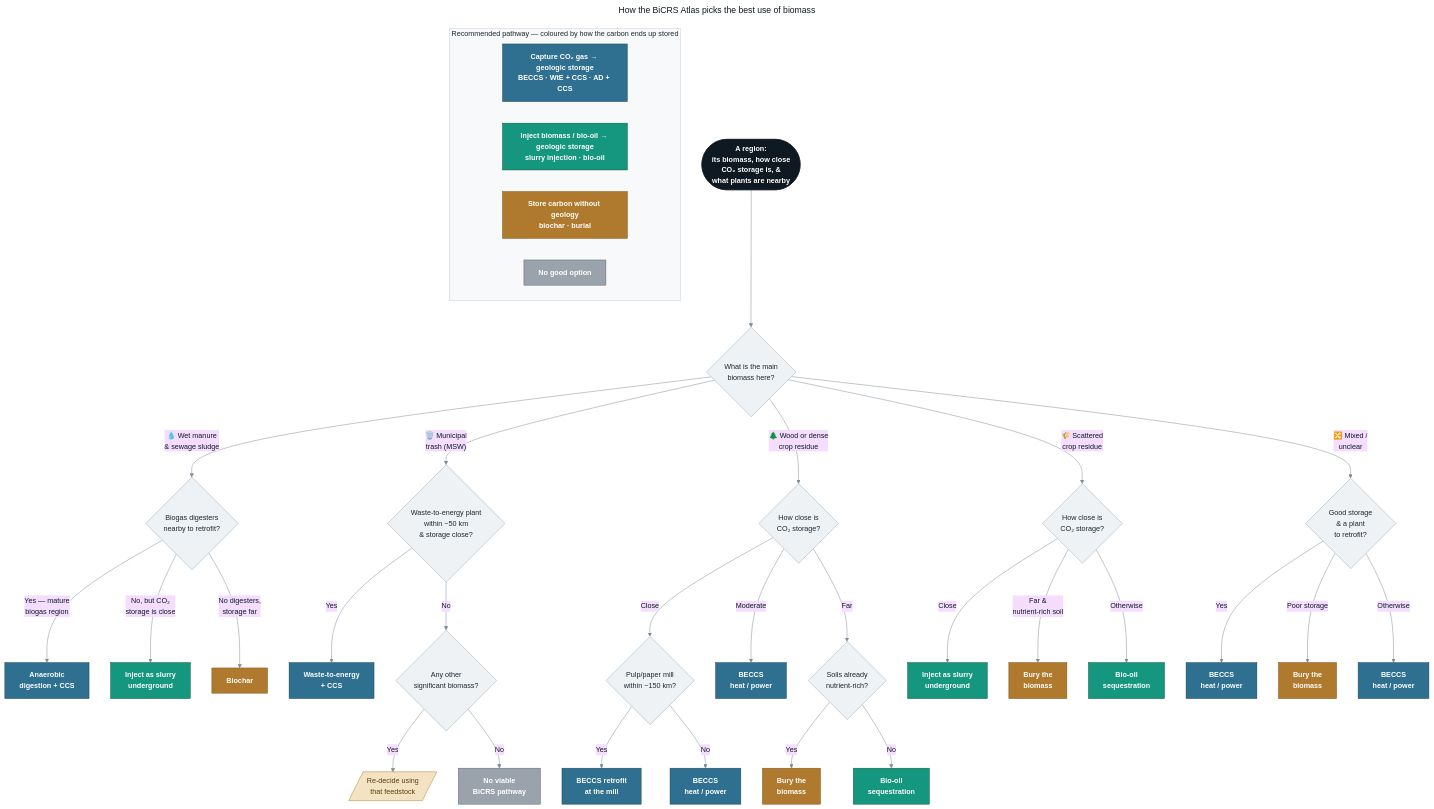
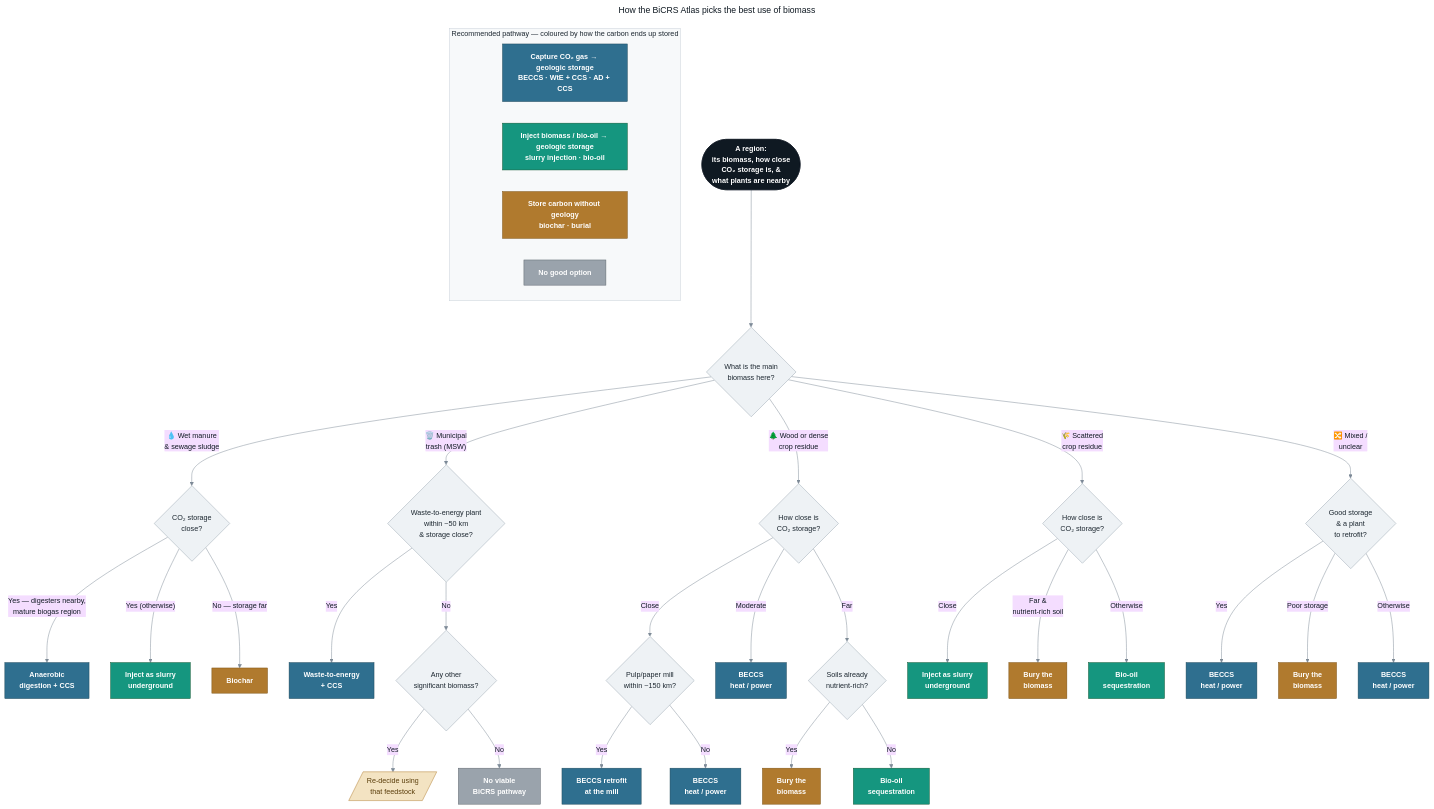
The diagram in docs/recommendation_flowchart.mmd (hausfath/biomass_map), drawn with Mermaid before and after one commit. The commit also changed 10 other files, not shown here.

First line of the commit message:
Gate AD+CCS on storage proximity; score storage across the US/Canada border

```diff
--- a/docs/recommendation_flowchart.mmd
+++ b/docs/recommendation_flowchart.mmd
@@ -1,82 +1,82 @@
 ---
 title: "How the BiCRS Atlas picks the best use of biomass"
 config:
   theme: base
   flowchart:
     curve: basis
     nodeSpacing: 45
     rankSpacing: 55
   themeVariables:
     fontFamily: "Helvetica, Arial, sans-serif"
     fontSize: "15px"
     lineColor: "#7d8a97"
     primaryTextColor: "#0f1922"
 ---
 flowchart TD
     Start([A region:<br/>its biomass, how close<br/>CO₂ storage is, &<br/>what plants are nearby]) --> DOM{What is the main<br/>biomass here?}
 
     %% ---------- WET ----------
-    DOM -->|"💧 Wet manure<br/>& sewage sludge"| M{Biogas digesters<br/>nearby to retrofit?}
-    M -->|Yes — mature<br/>biogas region| Mad["Anaerobic<br/>digestion + CCS"]
-    M -->|"No, but CO₂<br/>storage is close"| Minj["Inject as slurry<br/>underground"]
-    M -->|"No digesters,<br/>storage far"| Mbio["Biochar"]
+    DOM -->|"💧 Wet manure<br/>& sewage sludge"| M{CO₂ storage<br/>close?}
+    M -->|Yes — digesters nearby,<br/>mature biogas region| Mad["Anaerobic<br/>digestion + CCS"]
+    M -->|"Yes (otherwise)"| Minj["Inject as slurry<br/>underground"]
+    M -->|"No — storage far"| Mbio["Biochar"]
 
     %% ---------- MSW ----------
     DOM -->|"🗑️ Municipal<br/>trash (MSW)"| W{Waste-to-energy plant<br/>within ~50 km<br/>& storage close?}
     W -->|Yes| Wwte["Waste-to-energy<br/>+ CCS"]
     W -->|No| Wsec{Any other<br/>significant biomass?}
     Wsec -->|Yes| Wre[/"Re-decide using<br/>that feedstock"/]
     Wsec -->|No| Wnone["No viable<br/>BiCRS pathway"]
 
     %% ---------- WOODY / DENSE DRY ----------
     DOM -->|"🌲 Wood or dense<br/>crop residue"| C{How close is<br/>CO₂ storage?}
     C -->|Close| Cmill{Pulp/paper mill<br/>within ~150 km?}
     Cmill -->|Yes| Cpp["BECCS retrofit<br/>at the mill"]
     Cmill -->|No| Cbe["BECCS<br/>heat / power"]
     C -->|Moderate| Cbe2["BECCS<br/>heat / power"]
     C -->|Far| Cpoor{Soils already<br/>nutrient-rich?}
     Cpoor -->|Yes| Cbur["Bury the<br/>biomass"]
     Cpoor -->|No| Cbo["Bio-oil<br/>sequestration"]
 
     %% ---------- DIFFUSE DRY ----------
     DOM -->|"🌾 Scattered<br/>crop residue"| D{How close is<br/>CO₂ storage?}
     D -->|Close| Dinj["Inject as slurry<br/>underground"]
     D -->|"Far &<br/>nutrient-rich soil"| Dbur["Bury the<br/>biomass"]
     D -->|Otherwise| Dbo["Bio-oil<br/>sequestration"]
 
     %% ---------- MIXED ----------
     DOM -->|"🔀 Mixed /<br/>unclear"| F{Good storage<br/>& a plant<br/>to retrofit?}
     F -->|Yes| Fbe["BECCS<br/>heat / power"]
     F -->|Poor storage| Fbur["Bury the<br/>biomass"]
     F -->|Otherwise| Fbe2["BECCS<br/>heat / power"]
 
     %% ---------- legend ----------
     subgraph Legend["Recommended pathway — coloured by how the carbon ends up stored"]
         direction LR
         L1["Capture CO₂ gas → geologic storage<br/>BECCS · WtE + CCS · AD + CCS"]
         L2["Inject biomass / bio-oil → geologic storage<br/>slurry injection · bio-oil"]
         L3["Store carbon without geology<br/>biochar · burial"]
         L4["No good option"]
     end
 
     %% ---------- styles ----------
     classDef start fill:#0f1922,stroke:#0f1922,color:#ffffff,font-weight:bold;
     classDef q fill:#eef2f5,stroke:#9aa7b2,color:#1c2730;
     classDef geo fill:#2f6f8f,stroke:#1d4859,color:#ffffff,font-weight:bold;
     classDef inj fill:#15967f,stroke:#0d5530,color:#ffffff,font-weight:bold;
     classDef store fill:#b07a2e,stroke:#7a5012,color:#ffffff,font-weight:bold;
     classDef none fill:#9aa3ac,stroke:#5b636b,color:#ffffff,font-weight:bold;
     classDef reroute fill:#f3e3c2,stroke:#b07a2e,color:#5a3d0a;
 
     class Start start;
     class DOM,M,W,Wsec,C,Cmill,Cpoor,D,F q;
     class Cpp,Cbe,Cbe2,Fbe,Fbe2,Wwte,Mad geo;
     class Minj,Dinj,Cbo,Dbo inj;
     class Mbio,Cbur,Dbur,Fbur store;
     class Wnone none;
     class Wre reroute;
     class L1 geo;
     class L2 inj;
     class L3 store;
     class L4 none;
     style Legend fill:#f7f9fa,stroke:#c7d0d8,color:#1c2730;
```
